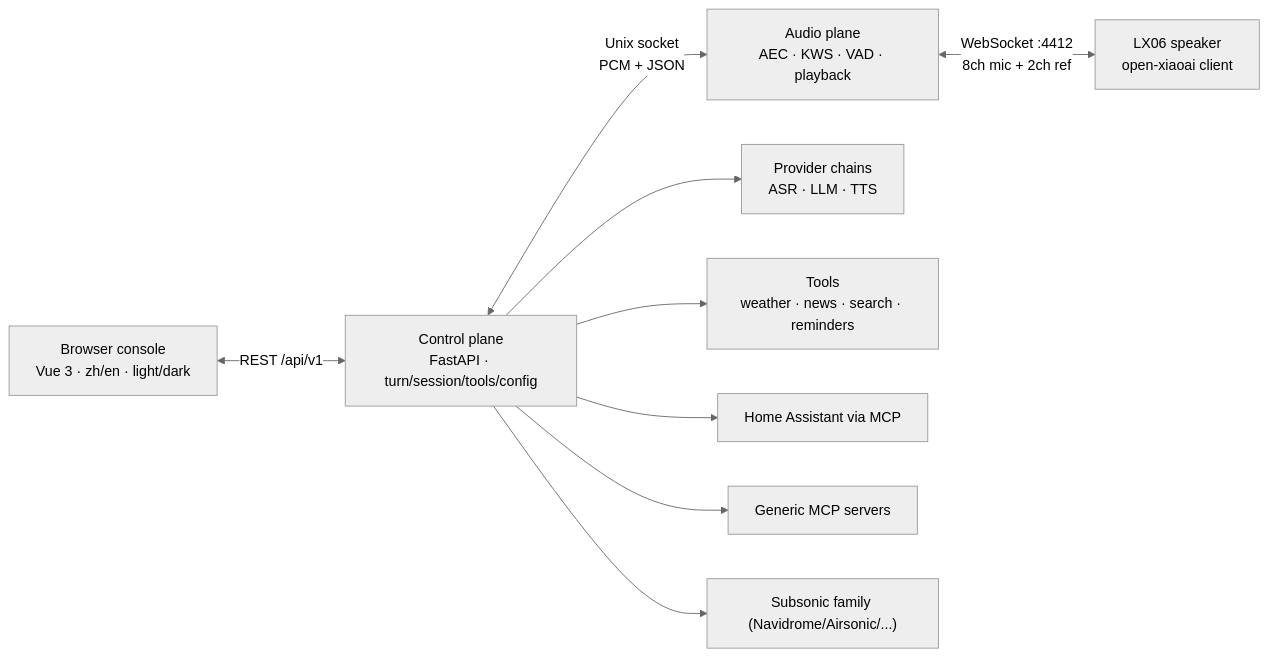
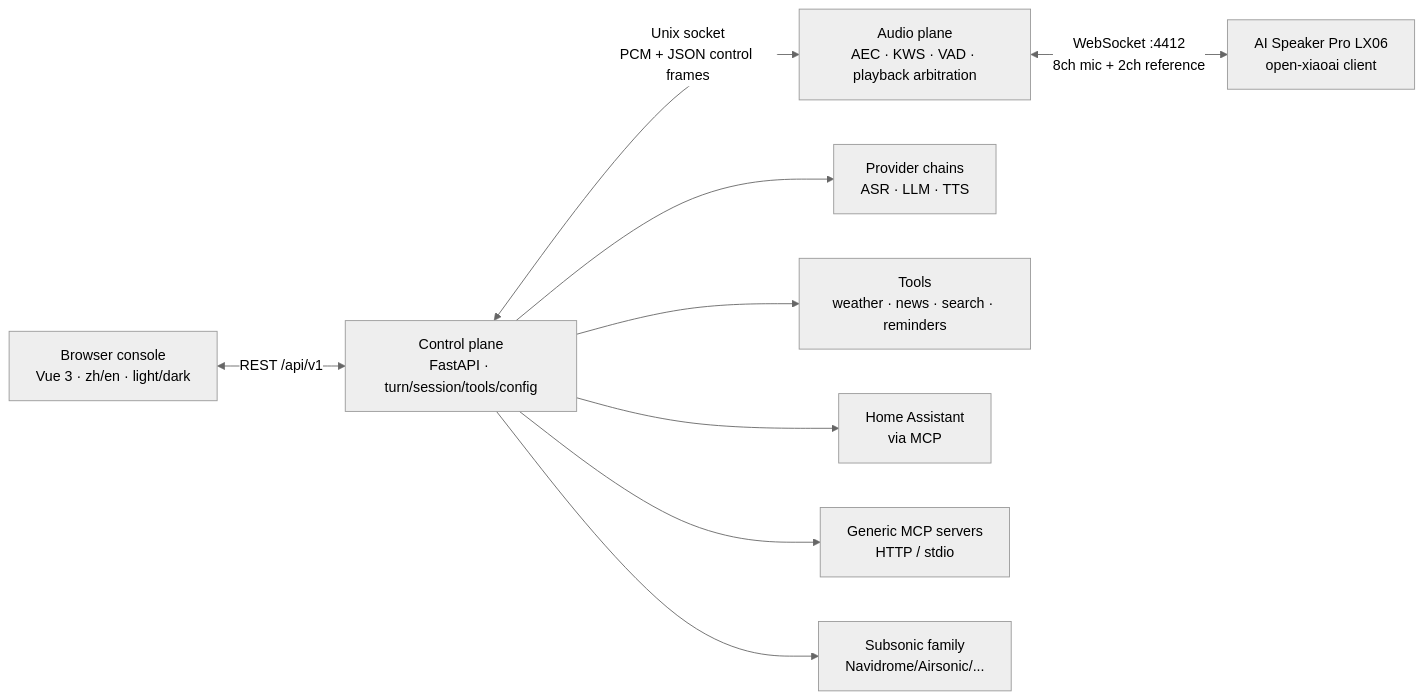
The second of 2 diagrams in README.md (yes999zc/rui), drawn with Mermaid (neutral theme) before and after one commit. The commit also changed other lines of this file and 8 other files, not shown here.

````diff
--- a/README.md
+++ b/README.md
@@ -591,11 +392,11 @@
 ```mermaid
 flowchart LR
   browser["Browser console<br/>Vue 3 · zh/en · light/dark"] <-->|REST /api/v1| ctl["Control plane<br/>FastAPI · turn/session/tools/config"]
-  ctl <-->|Unix socket<br/>PCM + JSON| plane["Audio plane<br/>AEC · KWS · VAD · playback"]
-  plane <-->|WebSocket :4412<br/>8ch mic + 2ch ref| speaker["LX06 speaker<br/>open-xiaoai client"]
+  ctl <-->|Unix socket<br/>PCM + JSON control frames| plane["Audio plane<br/>AEC · KWS · VAD · playback arbitration"]
+  plane <-->|WebSocket :4412<br/>8ch mic + 2ch reference| speaker["AI Speaker Pro LX06<br/>open-xiaoai client"]
   ctl --> providers["Provider chains<br/>ASR · LLM · TTS"]
   ctl --> tools["Tools<br/>weather · news · search · reminders"]
-  ctl --> ha["Home Assistant via MCP"]
-  ctl --> mcp["Generic MCP servers"]
-  ctl --> music["Subsonic family (Navidrome/Airsonic/...)"]
+  ctl --> ha["Home Assistant<br/>via MCP"]
+  ctl --> mcp["Generic MCP servers<br/>HTTP / stdio"]
+  ctl --> music["Subsonic family<br/>Navidrome/Airsonic/..."]
 ```
````
